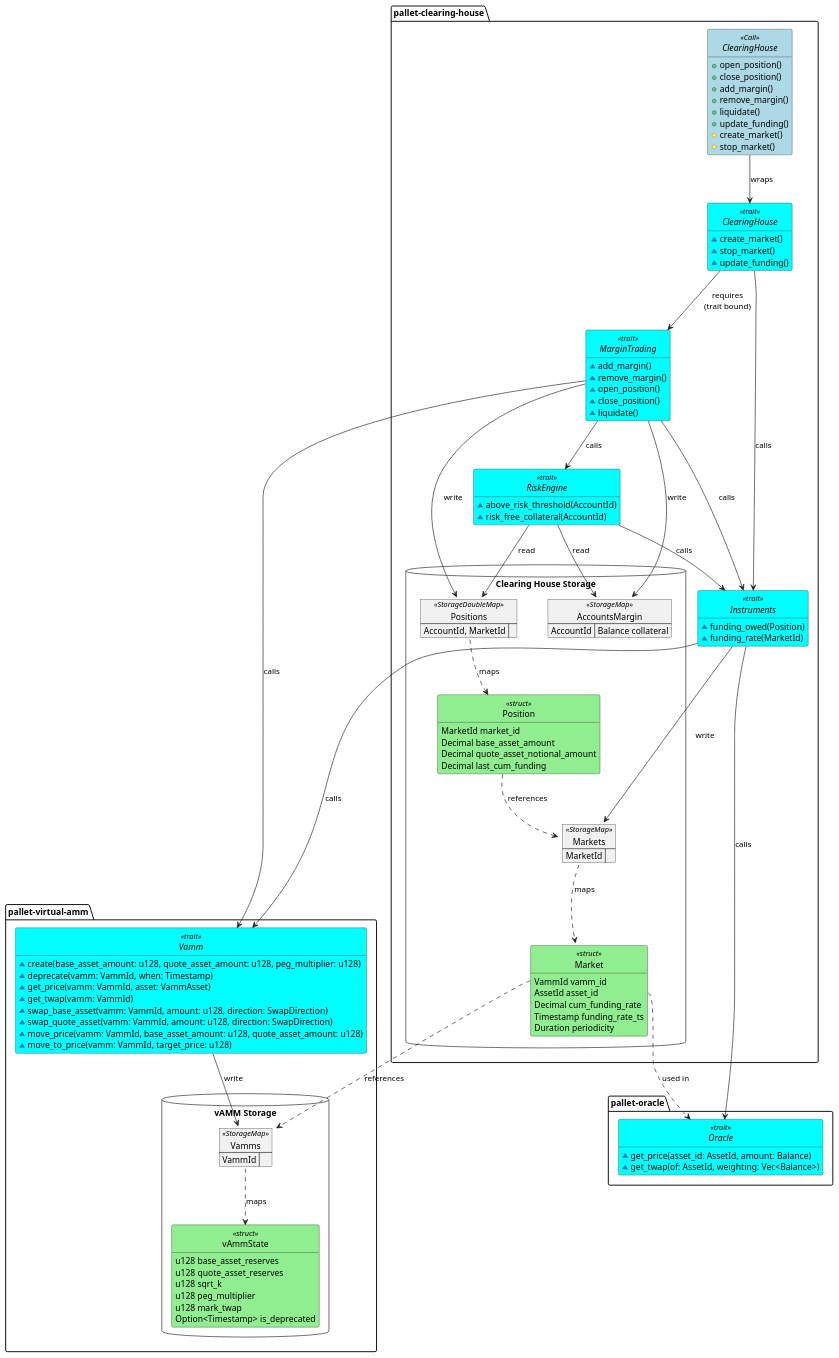
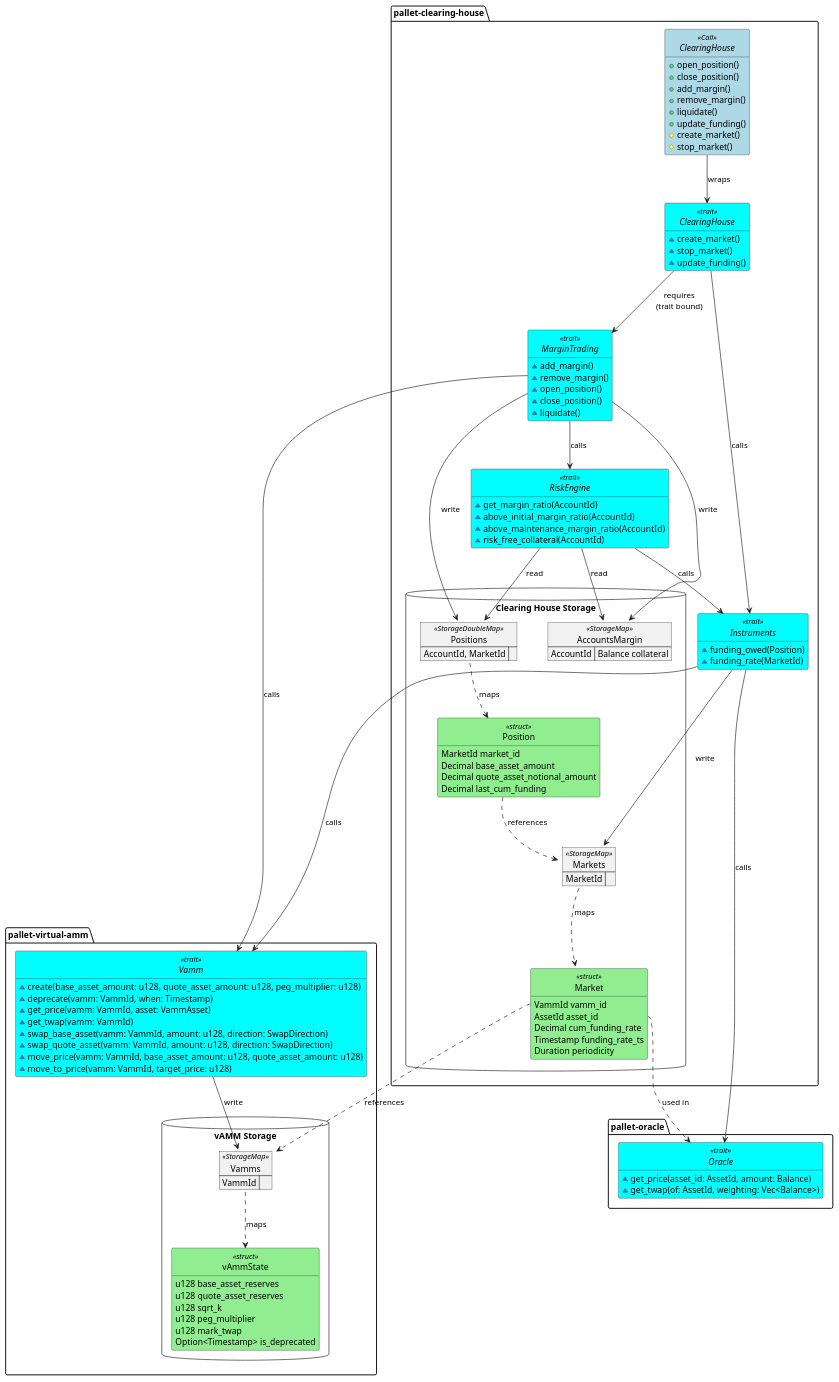
One commit to ComposableFi/composable changed the diagram in frame/clearing-house/diagrams/clearing-house.plantuml. Above: the diagram before and after it, drawn with PlantUML. The commit also changed 1 other file, not shown here.

Commit message:
docs(CH): update sequence and class diagrams

```diff
--- a/frame/clearing-house/diagrams/clearing-house.plantuml
+++ b/frame/clearing-house/diagrams/clearing-house.plantuml
@@ -1,167 +1,165 @@
 @startuml clearing-house
 
 <style>
 .struct {
     BackgroundColor LightGreen
 }
 .Call {
     BackgroundColor LightBlue
 }
 .trait {
     BackgroundColor Cyan
 }
 </style>
 
 package "pallet-clearing-house" {
     interface ClearingHouse <<Call>> {
         + open_position()
         + close_position()
         + add_margin()
         + remove_margin()
         + liquidate()
         + update_funding()
         # create_market()
         # stop_market()
     }
 
     interface "ClearingHouse" as CH <<trait>> {
         ~ create_market()
         ~ stop_market()
         ~ update_funding()
     }
     
     interface "MarginTrading" as MTTrait <<trait>> {
         ~ add_margin()
         ~ remove_margin()
         ~ open_position()
         ~ close_position()
         ~ liquidate()
     }
     
     interface "RiskEngine" as RETrait <<trait>> {
-        ~ above_risk_threshold(AccountId)
+        ~ get_margin_ratio(AccountId)
+        ~ above_initial_margin_ratio(AccountId)
+        ~ above_maintenance_margin_ratio(AccountId)
         ~ risk_free_collateral(AccountId)
-        '~ get_margin_ratio()
         '~ get_free_collateral()
     }
     
     interface "Instruments" as ITrait <<trait>> {
         ~ funding_owed(Position)
         ~ funding_rate(MarketId)
     }
 
     database "Clearing House Storage" {
         map "AccountsMargin" as MarginAccounts <<StorageMap>> {
             AccountId => Balance collateral
         }
 
         map Positions <<StorageDoubleMap>> {
             AccountId, MarketId =>
         }
 
         map Markets <<StorageMap>> {
             MarketId =>
         }
 
         class Position <<struct>> {
             MarketId market_id
             Decimal base_asset_amount
             Decimal quote_asset_notional_amount
             Decimal last_cum_funding
         }
 
         class Market <<struct>> {
             VammId vamm_id
             AssetId asset_id
             Decimal cum_funding_rate
             Timestamp funding_rate_ts
             Duration periodicity
         }
     }
 }
 
 package "pallet-virtual-amm" {
     interface "Vamm" as vAmm <<trait>> {
         ~ create(base_asset_amount: u128, quote_asset_amount: u128, peg_multiplier: u128)
         ~ deprecate(vamm: VammId, when: Timestamp)
         ~ get_price(vamm: VammId, asset: VammAsset)
         ~ get_twap(vamm: VammId)
         ~ swap_base_asset(vamm: VammId, amount: u128, direction: SwapDirection)
         ~ swap_quote_asset(vamm: VammId, amount: u128, direction: SwapDirection)
         ~ move_price(vamm: VammId, base_asset_amount: u128, quote_asset_amount: u128)
         ~ move_to_price(vamm: VammId, target_price: u128)
     }
     database "vAMM Storage" {
         map "Vamms" as vAmms <<StorageMap>> {
             VammId =>
         }
         class vAmmState <<struct>> {
             u128 base_asset_reserves
             u128 quote_asset_reserves
             u128 sqrt_k
             u128 peg_multiplier
             u128 mark_twap
             Option<Timestamp> is_deprecated
         }
     }
 }
 
 package "pallet-oracle" {
     interface Oracle <<trait>> {
         ~get_price(asset_id: AssetId, amount: Balance)
         ~get_twap(of: AssetId, weighting: Vec<Balance>)
     }
 }
 
 hide empty members
 hide circle
 
 '================== Storage relationships
 Markets ..> Market : maps
 Market::vamm_id ..> vAmms : references
 Market::asset_id ..> Oracle : used in
 
 Positions ..> Position: maps
 Position ..> Markets : references
 
 '================== Control flow relationships             
 ClearingHouse --> CH : wraps
 
 CH --> MTTrait : requires\n(trait bound)
 CH --> ITrait : calls
 
 'add_margin
 'remove_margin
 MTTrait --> MarginAccounts : write
 
 'remove_margin
 MTTrait --> RETrait : calls
 
 'open_position
 'close_position
 'liquidate
 MTTrait --> Positions : write
 
 'open_position
 'close_position
 MTTrait --> vAmm : calls
 
 'update_funding
-MTTrait --> ITrait : calls
-
-'update_funding
 ITrait --> Markets : write
 ITrait --> Oracle : calls
 ITrait --> vAmm : calls
 
 'above_risk_threshold
 'risk_free_collateral
 RETrait --> MarginAccounts : read
 RETrait --> Positions : read
 RETrait --> ITrait : calls
 
 'vAMM
 vAmm --> vAmms : write
 vAmms ..> vAmmState : maps
 
 @enduml
```
